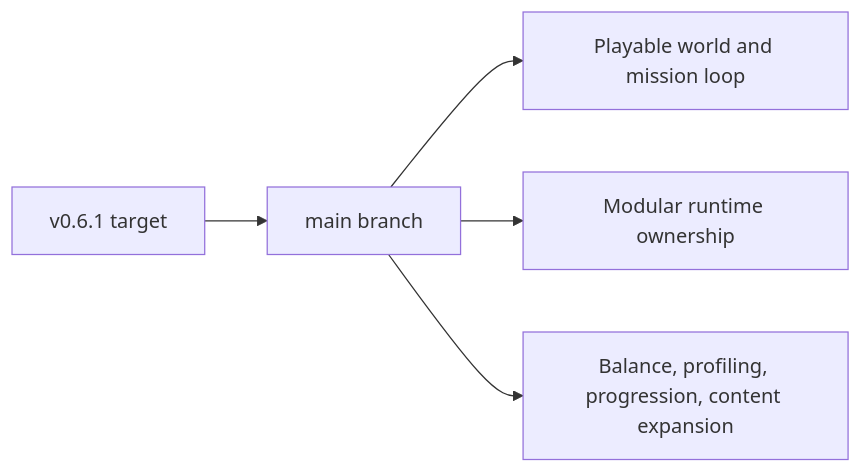
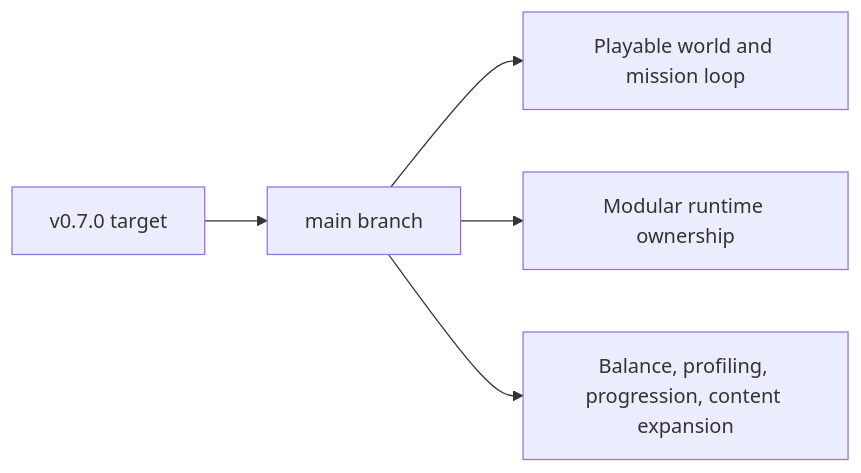
The second of 11 diagrams in README.md (AlexAgo83/emberwake), drawn with Mermaid before and after one commit. The commit also changed other lines of this file and 3 other files, not shown here.

````diff
--- a/README.md
+++ b/README.md
@@ -55,7 +55,7 @@
 ```mermaid
 flowchart LR
-    Release[v0.6.1 target] --> Main[main branch]
+    Release[v0.7.0 target] --> Main[main branch]
     Main --> Playable[Playable world and mission loop]
     Main --> Modular[Modular runtime ownership]
     Main --> Next[Balance, profiling, progression, content expansion]
 ```
````
